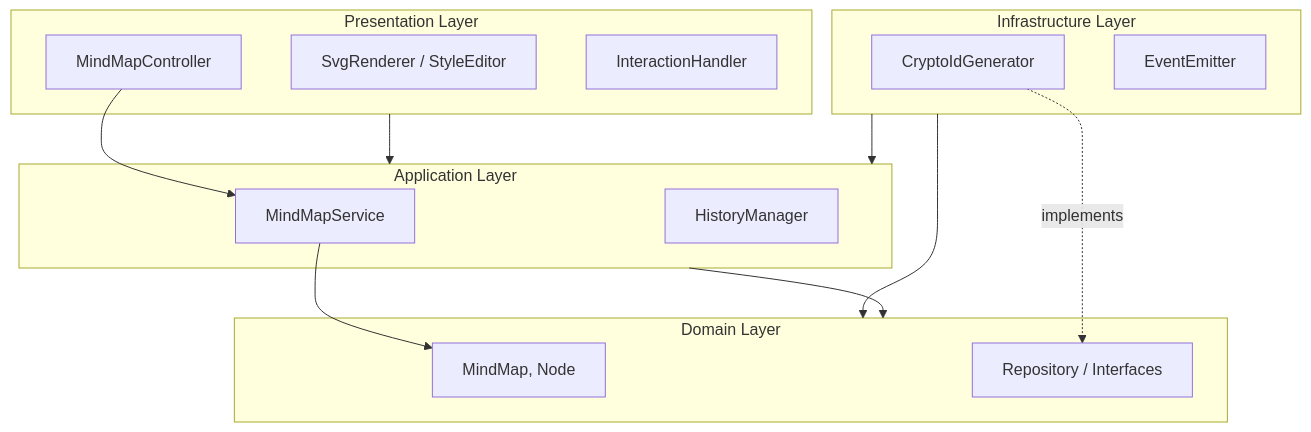
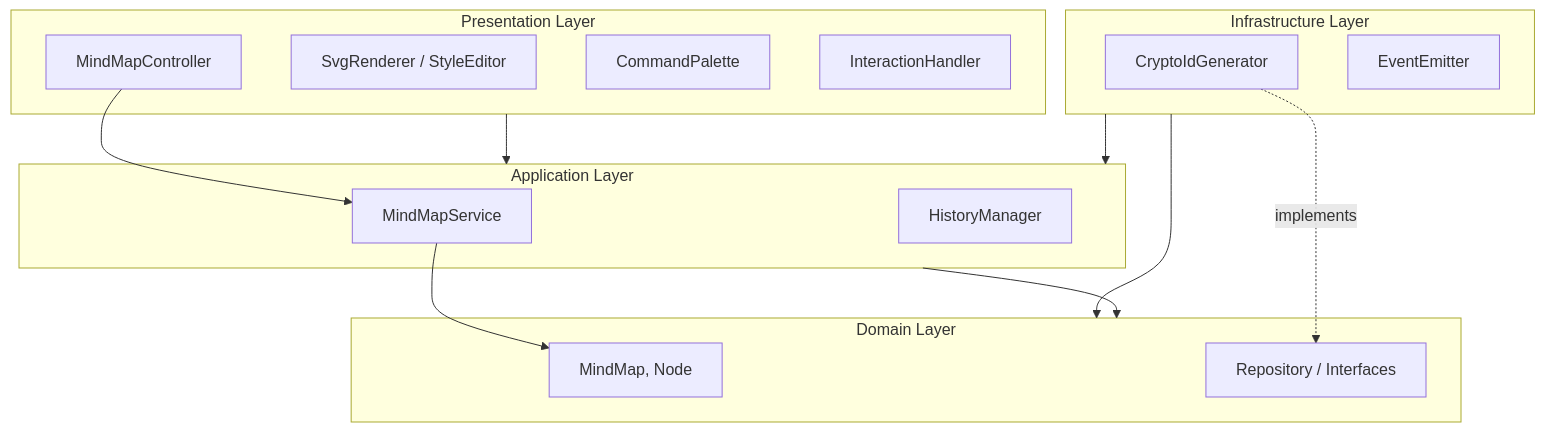
The first of 6 diagrams in docs/SOFTWARE_ARCHITECTURE.md (hiroooo000/kaki-dash), drawn with Mermaid before and after one commit. The commit also changed other lines of this file and 17 other files, not shown here.

Commit message:
feat: implement search command palette and update docs

````diff
--- a/docs/SOFTWARE_ARCHITECTURE.md
+++ b/docs/SOFTWARE_ARCHITECTURE.md
@@ -10,34 +10,35 @@
 ```mermaid
 graph TD
     subgraph Presentation ["Presentation Layer"]
         Controller[MindMapController]
         View[SvgRenderer / StyleEditor]
+        Command[CommandPalette]
         Interaction[InteractionHandler]
     end
 
     subgraph Infrastructure ["Infrastructure Layer"]
         IdGenImpl[CryptoIdGenerator]
         EventBusImpl[EventEmitter]
     end
 
     subgraph Application ["Application Layer"]
         Service[MindMapService]
         History[HistoryManager]
     end
 
     subgraph Domain ["Domain Layer"]
         Entities[MindMap, Node]
         Interfaces[Repository / Interfaces]
     end
 
     %% Dependency Rules
     Presentation --> Application
     Infrastructure --> Application
     Infrastructure --> Domain
     Application --> Domain
     
     %% Specific Dependencies
     Controller --> Service
     Service --> Entities
     IdGenImpl -.->|implements| Interfaces
 ```
````
